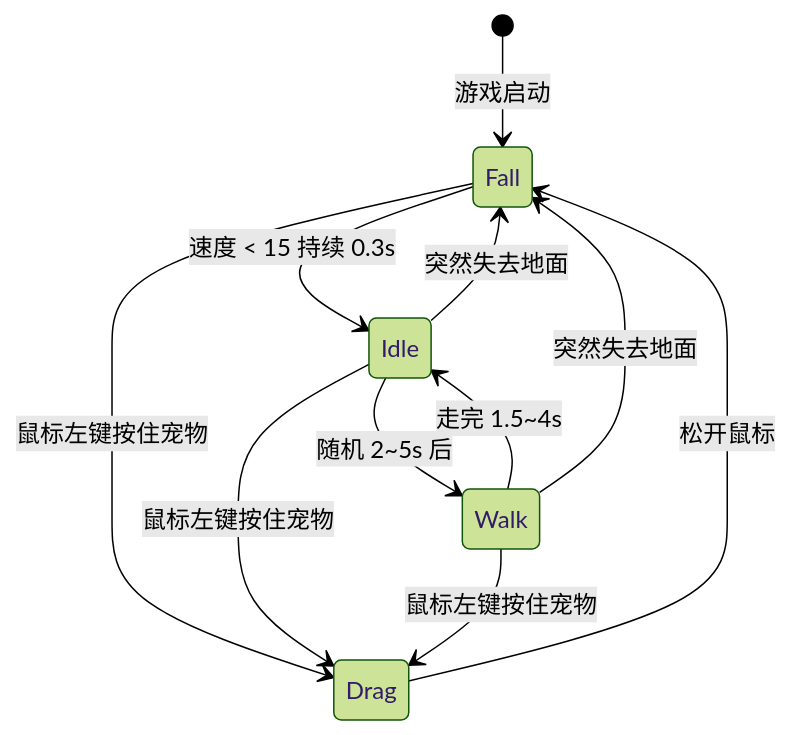
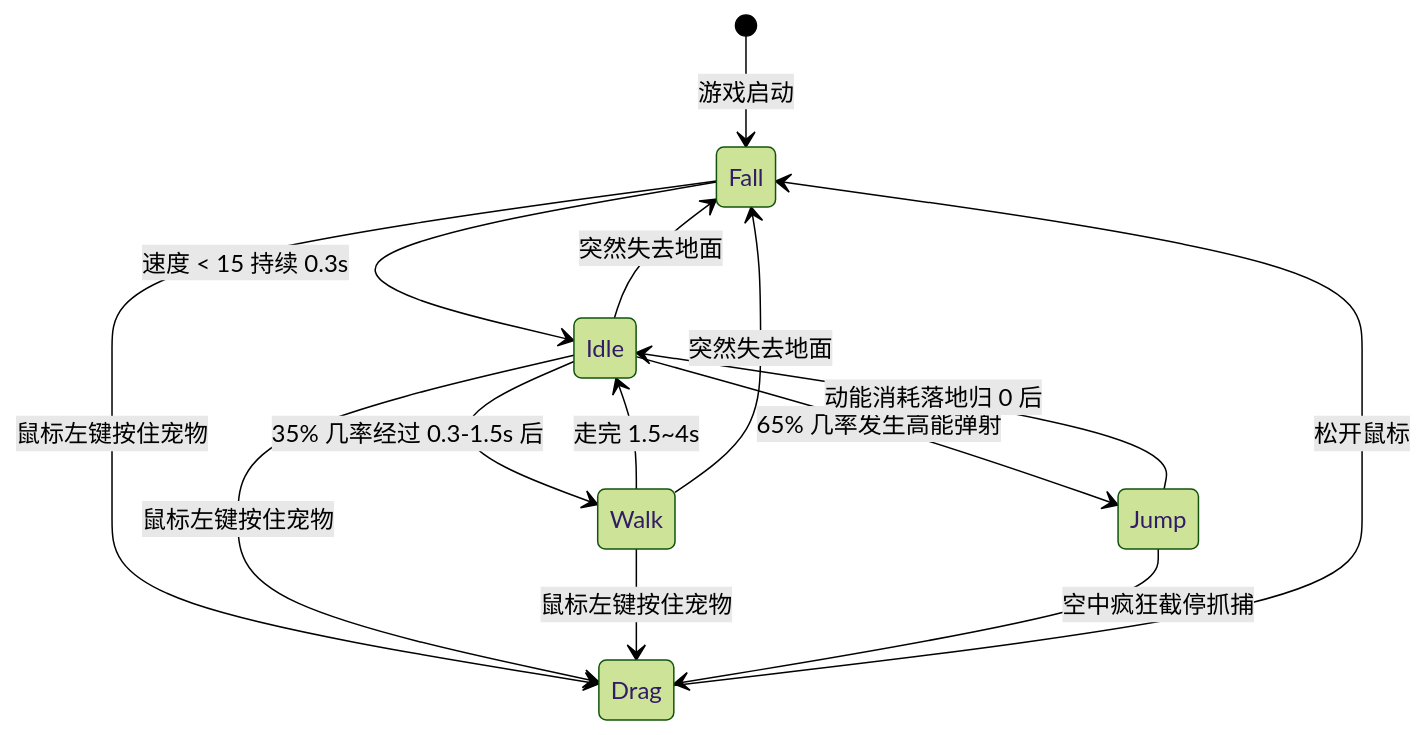
One commit to NightMin2002/GodotDesktopPet changed the diagram in docs/01_项目结构.md. Above: the diagram before and after it, drawn with Mermaid (forest theme). The commit also changed other lines of this file and 2 other files, not shown here.

Commit message:
调整：缩小冲击波范围、引入虹彩流光轨迹并同步说明文档
- 缩减着陆雷达波的扩散速度，使其呈现更加紧凑与瞬发的机甲震动感
- 在慧星光晕核心算法中引入由 Time 和相对位移共同驱动的 HSB 色相偏移算法，实现随时间流动的霓虹长尾效果
- 全面更新 'AI_CONTEXT' 及 '01_项目结构' 文件，校准物理跳跃引擎（jump.gd）、凸包计算防穿透等最新开发进度

````diff
--- a/docs/01_项目结构.md
+++ b/docs/01_项目结构.md
@@ -74,17 +75,21 @@
 ```mermaid
 stateDiagram-v2
     [*] --> Fall : 游戏启动
 
     Fall --> Idle : 速度 < 15 持续 0.3s
     Fall --> Drag : 鼠标左键按住宠物
 
-    Idle --> Walk : 随机 2~5s 后
+    Idle --> Walk : 35% 几率经过 0.3-1.5s 后
+    Idle --> Jump : 65% 几率发生高能弹射
     Idle --> Drag : 鼠标左键按住宠物
     Idle --> Fall : 突然失去地面
 
     Walk --> Idle : 走完 1.5~4s
     Walk --> Drag : 鼠标左键按住宠物
     Walk --> Fall : 突然失去地面
+    
+    Jump --> Idle : 动能消耗落地归 0 后
+    Jump --> Drag : 空中疯狂截停抓捕
 
     Drag --> Fall : 松开鼠标
 ```
````
